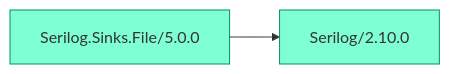
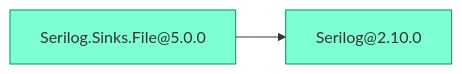
One commit to 0xced/Chisel changed the seventh of 7 diagrams in README.md. Above: the diagram before and after it, drawn with Mermaid. The commit also changed other lines of this file and 12 other files, not shown here.

Commit message:
Use @ instead of / as separator when including versions in the graph

````diff
--- a/README.md
+++ b/README.md
@@ -353,5 +353,5 @@
 ```mermaid
 graph LR
 classDef default fill:aquamarine,stroke:#009061,color:#333333
-Serilog.Sinks.File/5.0.0 --> Serilog/2.10.0
+Serilog.Sinks.File[Serilog.Sinks.File#64;5.0.0] --> Serilog[Serilog#64;2.10.0]
 ```
````
